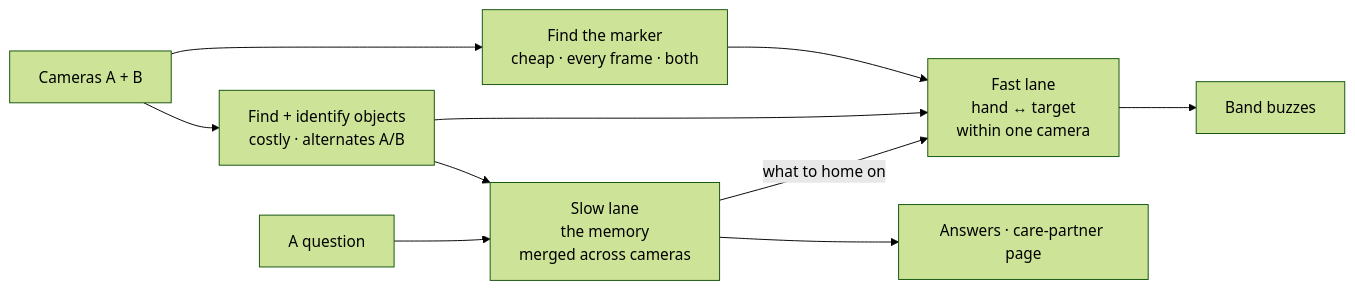
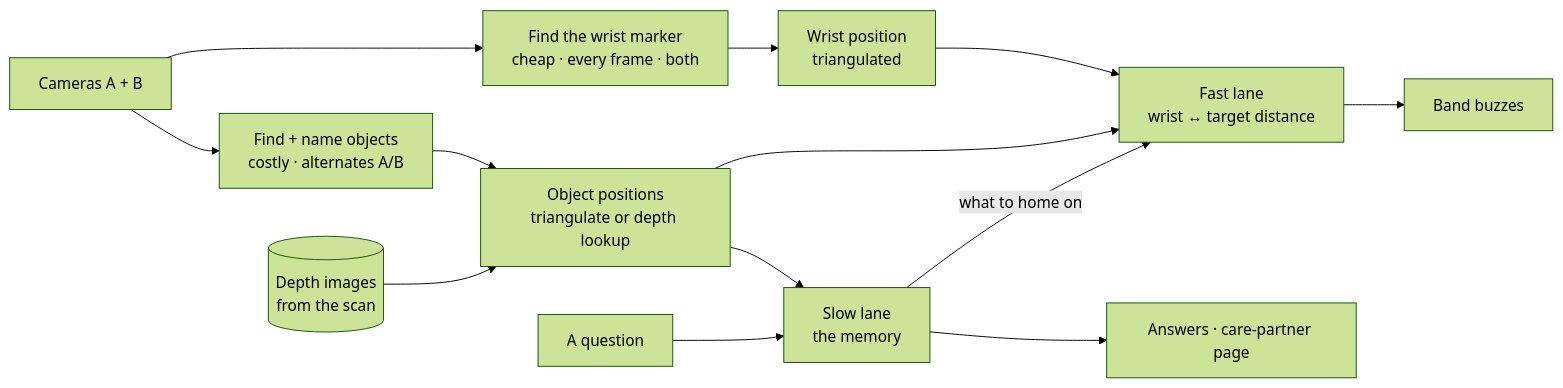
The diagram in DESIGN.md (kach0w/cal-hacks-13), drawn with Mermaid (forest theme) before and after one commit. The commit also changed other lines of this file and 6 other files, not shown here.

````diff
--- a/DESIGN.md
+++ b/DESIGN.md
@@ -27,12 +101,15 @@
 ```mermaid
 flowchart LR
-    CAM["Cameras A + B"] --> MARK["Find the marker<br/>cheap · every frame · both"]
-    CAM --> DET["Find + identify objects<br/>costly · alternates A/B"]
-    MARK --> FAST["Fast lane<br/>hand ↔ target<br/>within one camera"]
-    DET --> FAST
-    DET --> SLOW["Slow lane<br/>the memory<br/>merged across cameras"]
+    CAM["Cameras A + B"] --> MARK["Find the wrist marker<br/>cheap · every frame · both"]
+    CAM --> DET["Find + name objects<br/>costly · alternates A/B"]
+    MARK --> WRIST["Wrist position<br/>triangulated"]
+    DET --> LOC["Object positions<br/>triangulate or depth lookup"]
+    MAP[("Depth images<br/>from the scan")] --> LOC
+    WRIST --> FAST["Fast lane<br/>wrist ↔ target distance"]
+    LOC --> FAST
+    LOC --> SLOW["Slow lane<br/>the memory"]
     FAST --> BAND["Band buzzes"]
     SLOW --> OUT["Answers · care-partner page"]
     Q["A question"] --> SLOW
     SLOW -- "what to home on" --> FAST
 ```
````
